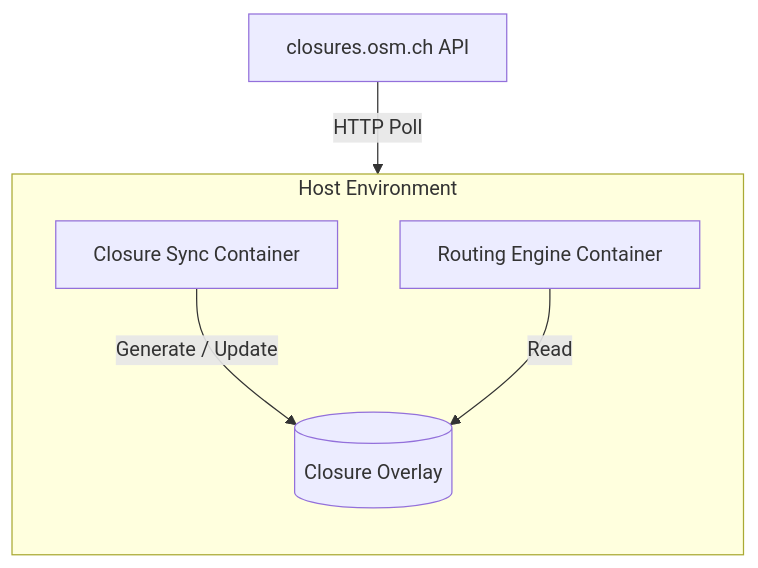
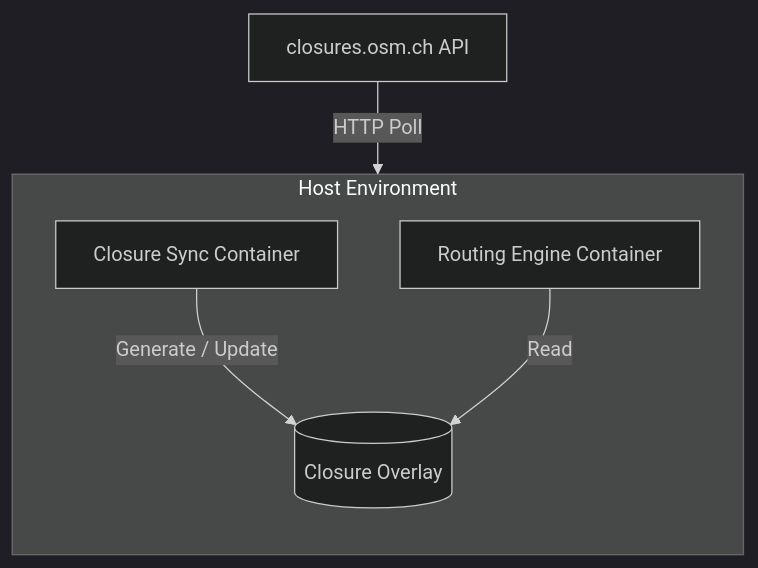
One commit to VictorYanson/gsocApplication changed the first of 2 diagrams in README.md. Above: the diagram before and after it, drawn with Mermaid. The commit also changed other lines of this file and 2 other files, not shown here.

````diff
--- a/README.md
+++ b/README.md
@@ -150,14 +150,15 @@
-```mermaid  
-graph TD  
-    DB[closures.osm.ch API] -->|"HTTP Poll"| B
+```mermaid
+%%{init: {'theme': 'dark'}}%%
+graph TD
+  DB[closures.osm.ch API] -->|"HTTP Poll"| B
 
-    subgraph Host Environment  
-        direction TB  
-        B[Closure Sync Container]  
-        C[(Closure Overlay)]  
-        A[Routing Engine Container]  
-    end
+  subgraph Host Environment
+    direction TB
+    B[Closure Sync Container]
+    C[(Closure Overlay)]
+    A[Routing Engine Container]
+  end
 
-    B -->|"Generate / Update"| C  
-    A -->|"Read"| C  
+  B -->|"Generate / Update"| C
+  A -->|"Read"| C
 ```
````
